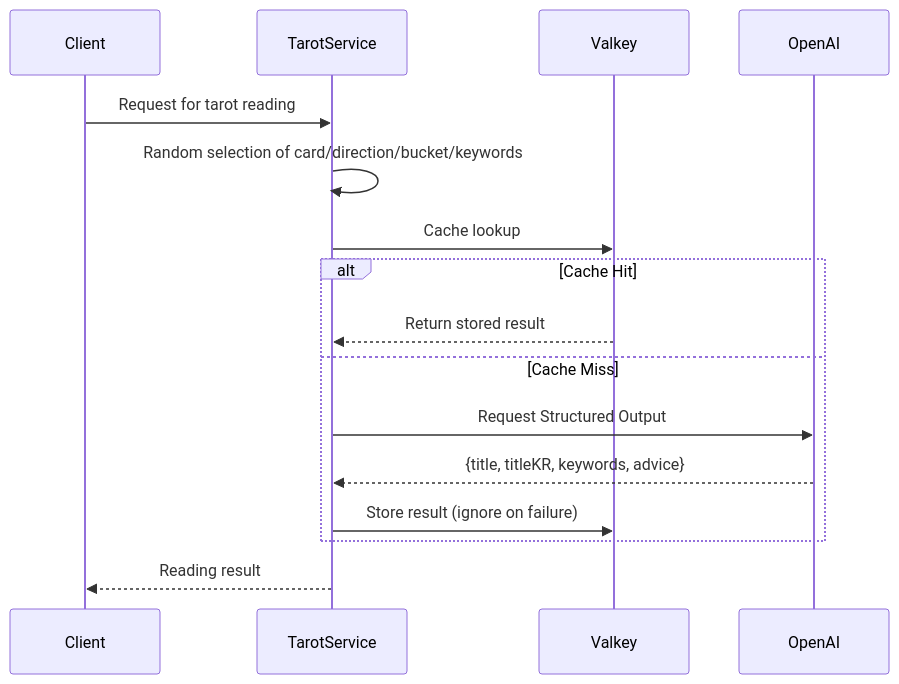
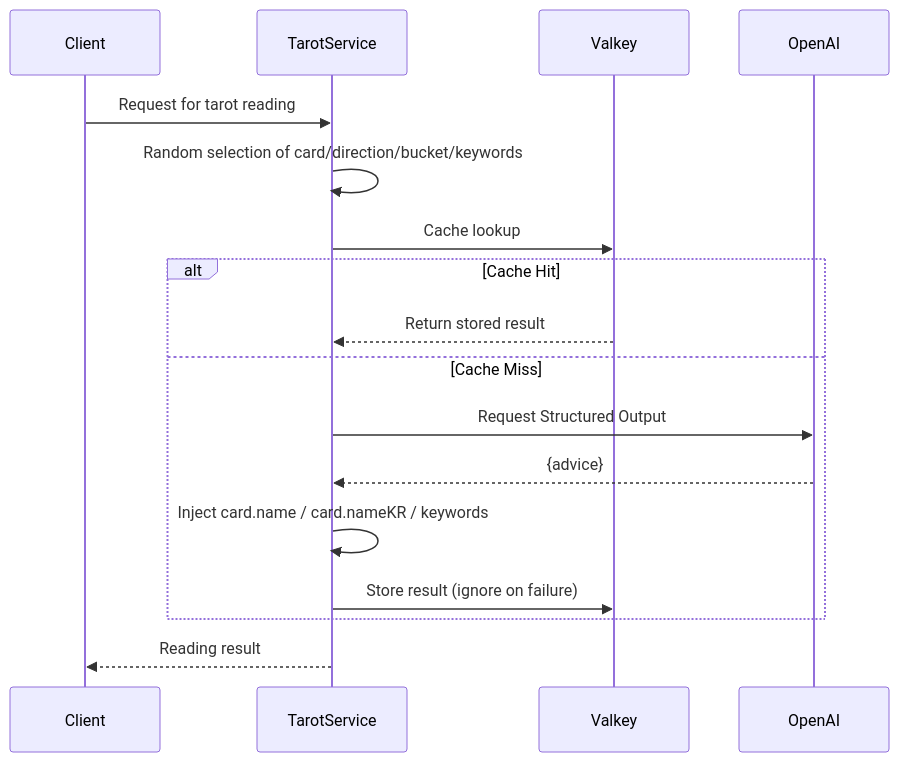
One commit to mandacode-labs/mandacode-devs changed the second of 2 diagrams in src/content/blog/en/tarot-deep-dive.md. Above: the diagram before and after it, drawn with Mermaid. The commit also changed other lines of this file and 2 other files, not shown here.

````diff
--- a/src/content/blog/en/tarot-deep-dive.md
+++ b/src/content/blog/en/tarot-deep-dive.md
@@ -66,21 +70,22 @@
 ```mermaid
 sequenceDiagram
     participant Client as Client
     participant Service as TarotService
     participant Cache as Valkey
     participant AI as OpenAI
 
     Client->>Service: Request for tarot reading
     Service->>Service: Random selection of card/direction/bucket/keywords
     Service->>Cache: Cache lookup
 
     alt Cache Hit
         Cache-->>Service: Return stored result
     else Cache Miss
         Service->>AI: Request Structured Output
-        AI-->>Service: {title, titleKR, keywords, advice}
+        AI-->>Service: {advice}
+        Service->>Service: Inject card.name / card.nameKR / keywords
         Service->>Cache: Store result (ignore on failure)
     end
 
     Service-->>Client: Reading result
 ```
````
